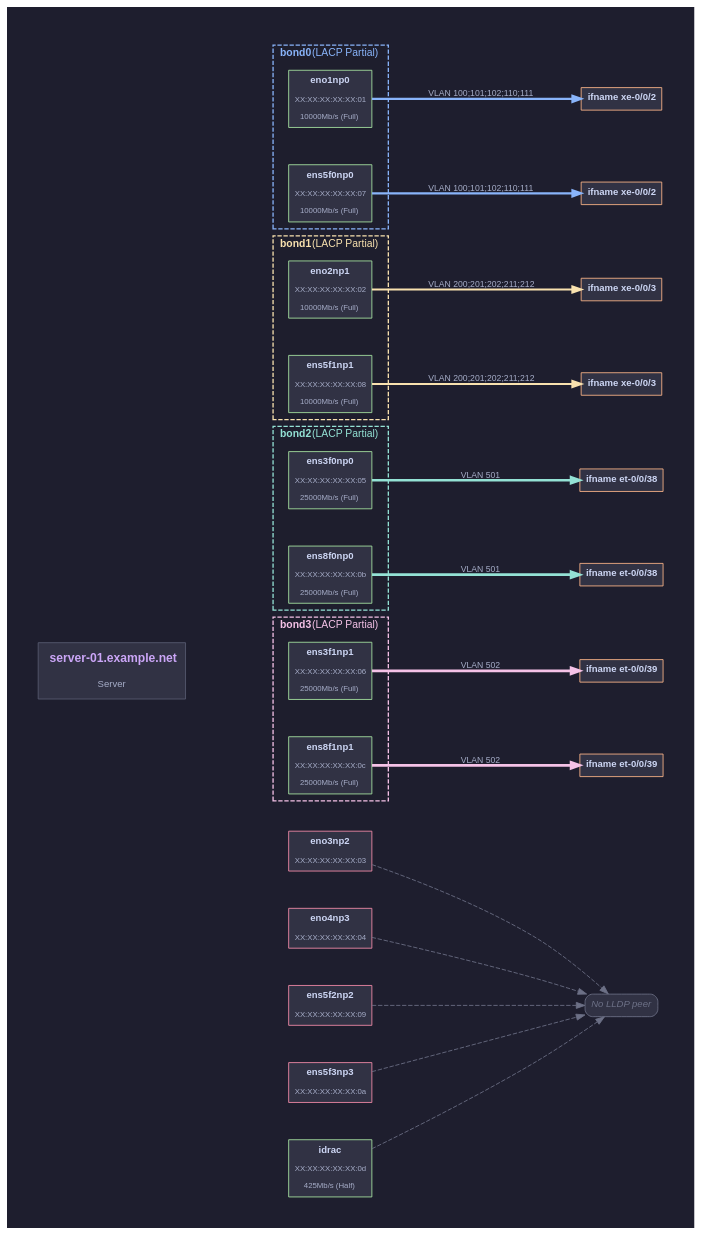
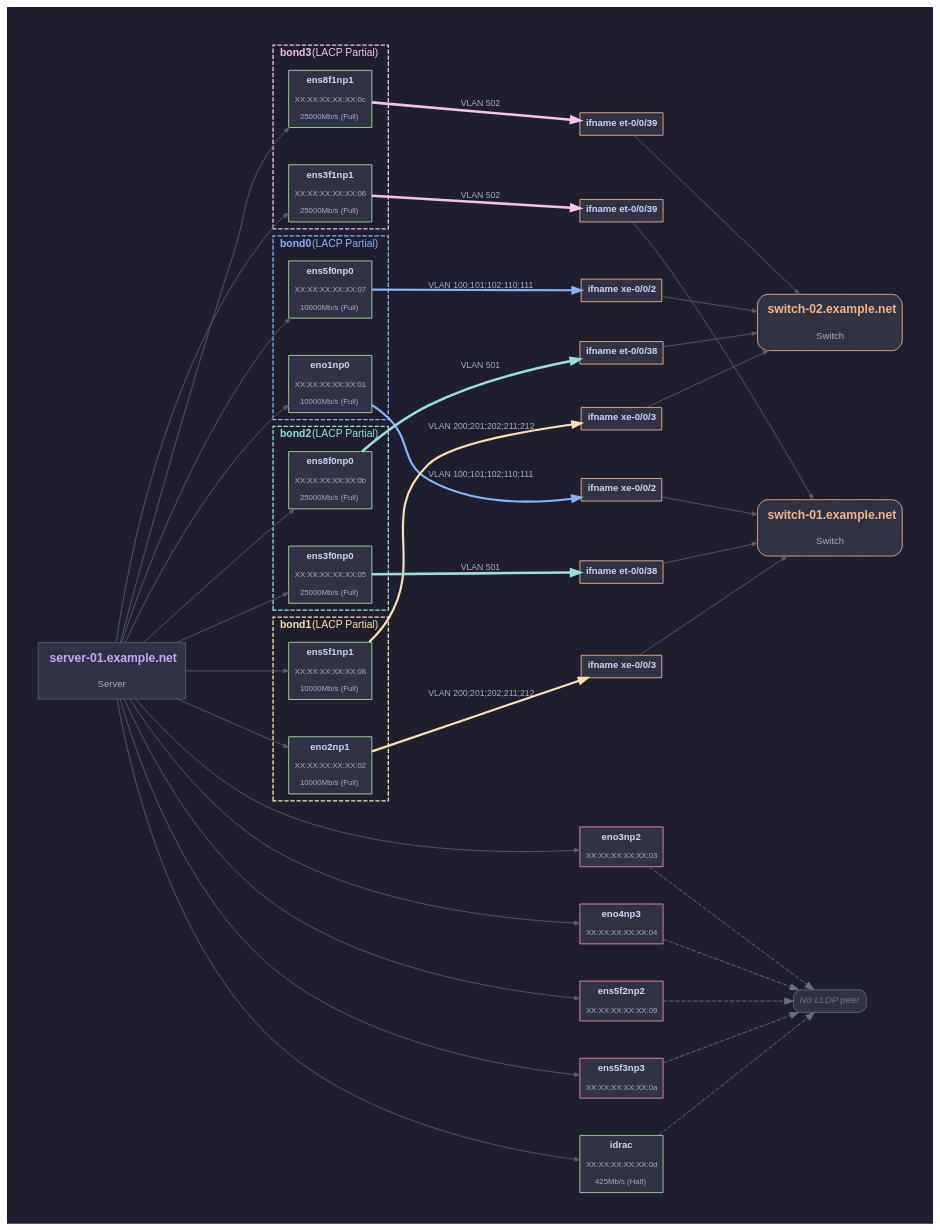
Before and after one commit to ciroiriarte/nic-xray: the diagram in samples/dot-topology.dot, drawn with Graphviz. The commit also changed 1 other file, not shown here.

Commit message:
Add switch nodes and visible ownership edges to DOT diagram
- Add explicit switch nodes (ranked rightmost) with peach styling
- Make server → NIC edges visible (thin gray arrows)
- Add switch port → switch edges showing port ownership
- Remove switch cluster subgraphs in favor of standalone port nodes
- Full relationship chain: Server → NICs → Switch Ports → Switches

```diff
--- a/samples/dot-topology.dot
+++ b/samples/dot-topology.dot
@@ -148,65 +148,67 @@
         </TABLE>
     >];
 
-    subgraph cluster_sw_switch_01_example_net {
-        style=solid;
-        color="#fab387";
-        bgcolor="#1e1e2ecc";
-        fontcolor="#fab387";
-        label=<<FONT POINT-SIZE="13"><B>switch-01.example.net</B></FONT>>;
-        penwidth=1.5;
+    swport_dev_collapsed_ipf01cly_lf01_ifname_xe_0_0_2 [shape=plain, label=<
+        <TABLE BORDER="1" CELLBORDER="0" CELLSPACING="2" CELLPADDING="4" BGCOLOR="#313244" COLOR="#fab387">
+        <TR><TD><FONT COLOR="#cdd6f4"><B>ifname xe-0/0/2</B></FONT></TD></TR>
+        </TABLE>
+    >];
 
-        swport_dev_collapsed_ipf01cly_lf01_ifname_xe_0_0_2 [shape=plain, label=<
-            <TABLE BORDER="1" CELLBORDER="0" CELLSPACING="2" CELLPADDING="4" BGCOLOR="#313244" COLOR="#fab387">
-            <TR><TD><FONT COLOR="#cdd6f4"><B>ifname xe-0/0/2</B></FONT></TD></TR>
-            </TABLE>
-        >];
-        swport_dev_collapsed_ipf01cly_lf01_ifname_xe_0_0_3 [shape=plain, label=<
-            <TABLE BORDER="1" CELLBORDER="0" CELLSPACING="2" CELLPADDING="4" BGCOLOR="#313244" COLOR="#fab387">
-            <TR><TD><FONT COLOR="#cdd6f4"><B>ifname xe-0/0/3</B></FONT></TD></TR>
-            </TABLE>
-        >];
-        swport_dev_collapsed_ipf01cly_lf01_ifname_et_0_0_38 [shape=plain, label=<
-            <TABLE BORDER="1" CELLBORDER="0" CELLSPACING="2" CELLPADDING="4" BGCOLOR="#313244" COLOR="#fab387">
-            <TR><TD><FONT COLOR="#cdd6f4"><B>ifname et-0/0/38</B></FONT></TD></TR>
-            </TABLE>
-        >];
-        swport_dev_collapsed_ipf01cly_lf01_ifname_et_0_0_39 [shape=plain, label=<
-            <TABLE BORDER="1" CELLBORDER="0" CELLSPACING="2" CELLPADDING="4" BGCOLOR="#313244" COLOR="#fab387">
-            <TR><TD><FONT COLOR="#cdd6f4"><B>ifname et-0/0/39</B></FONT></TD></TR>
-            </TABLE>
-        >];
-    }
+    swport_dev_collapsed_ipf01cly_lf01_ifname_xe_0_0_3 [shape=plain, label=<
+        <TABLE BORDER="1" CELLBORDER="0" CELLSPACING="2" CELLPADDING="4" BGCOLOR="#313244" COLOR="#fab387">
+        <TR><TD><FONT COLOR="#cdd6f4"><B>ifname xe-0/0/3</B></FONT></TD></TR>
+        </TABLE>
+    >];
 
-    subgraph cluster_sw_switch_02_example_net {
-        style=solid;
-        color="#fab387";
-        bgcolor="#1e1e2ecc";
-        fontcolor="#fab387";
-        label=<<FONT POINT-SIZE="13"><B>switch-02.example.net</B></FONT>>;
-        penwidth=1.5;
+    swport_dev_collapsed_ipf01cly_lf01_ifname_et_0_0_38 [shape=plain, label=<
+        <TABLE BORDER="1" CELLBORDER="0" CELLSPACING="2" CELLPADDING="4" BGCOLOR="#313244" COLOR="#fab387">
+        <TR><TD><FONT COLOR="#cdd6f4"><B>ifname et-0/0/38</B></FONT></TD></TR>
+        </TABLE>
+    >];
 
-        swport_dev_collapsed_ipf01cly_lf02_ifname_xe_0_0_2 [shape=plain, label=<
-            <TABLE BORDER="1" CELLBORDER="0" CELLSPACING="2" CELLPADDING="4" BGCOLOR="#313244" COLOR="#fab387">
-            <TR><TD><FONT COLOR="#cdd6f4"><B>ifname xe-0/0/2</B></FONT></TD></TR>
-            </TABLE>
-        >];
-        swport_dev_collapsed_ipf01cly_lf02_ifname_xe_0_0_3 [shape=plain, label=<
-            <TABLE BORDER="1" CELLBORDER="0" CELLSPACING="2" CELLPADDING="4" BGCOLOR="#313244" COLOR="#fab387">
-            <TR><TD><FONT COLOR="#cdd6f4"><B>ifname xe-0/0/3</B></FONT></TD></TR>
-            </TABLE>
-        >];
-        swport_dev_collapsed_ipf01cly_lf02_ifname_et_0_0_38 [shape=plain, label=<
-            <TABLE BORDER="1" CELLBORDER="0" CELLSPACING="2" CELLPADDING="4" BGCOLOR="#313244" COLOR="#fab387">
-            <TR><TD><FONT COLOR="#cdd6f4"><B>ifname et-0/0/38</B></FONT></TD></TR>
-            </TABLE>
-        >];
-        swport_dev_collapsed_ipf01cly_lf02_ifname_et_0_0_39 [shape=plain, label=<
-            <TABLE BORDER="1" CELLBORDER="0" CELLSPACING="2" CELLPADDING="4" BGCOLOR="#313244" COLOR="#fab387">
-            <TR><TD><FONT COLOR="#cdd6f4"><B>ifname et-0/0/39</B></FONT></TD></TR>
-            </TABLE>
-        >];
-    }
+    swport_dev_collapsed_ipf01cly_lf01_ifname_et_0_0_39 [shape=plain, label=<
+        <TABLE BORDER="1" CELLBORDER="0" CELLSPACING="2" CELLPADDING="4" BGCOLOR="#313244" COLOR="#fab387">
+        <TR><TD><FONT COLOR="#cdd6f4"><B>ifname et-0/0/39</B></FONT></TD></TR>
+        </TABLE>
+    >];
+
+    swport_dev_collapsed_ipf01cly_lf02_ifname_xe_0_0_2 [shape=plain, label=<
+        <TABLE BORDER="1" CELLBORDER="0" CELLSPACING="2" CELLPADDING="4" BGCOLOR="#313244" COLOR="#fab387">
+        <TR><TD><FONT COLOR="#cdd6f4"><B>ifname xe-0/0/2</B></FONT></TD></TR>
+        </TABLE>
+    >];
+
+    swport_dev_collapsed_ipf01cly_lf02_ifname_xe_0_0_3 [shape=plain, label=<
+        <TABLE BORDER="1" CELLBORDER="0" CELLSPACING="2" CELLPADDING="4" BGCOLOR="#313244" COLOR="#fab387">
+        <TR><TD><FONT COLOR="#cdd6f4"><B>ifname xe-0/0/3</B></FONT></TD></TR>
+        </TABLE>
+    >];
+
+    swport_dev_collapsed_ipf01cly_lf02_ifname_et_0_0_38 [shape=plain, label=<
+        <TABLE BORDER="1" CELLBORDER="0" CELLSPACING="2" CELLPADDING="4" BGCOLOR="#313244" COLOR="#fab387">
+        <TR><TD><FONT COLOR="#cdd6f4"><B>ifname et-0/0/38</B></FONT></TD></TR>
+        </TABLE>
+    >];
+
+    swport_dev_collapsed_ipf01cly_lf02_ifname_et_0_0_39 [shape=plain, label=<
+        <TABLE BORDER="1" CELLBORDER="0" CELLSPACING="2" CELLPADDING="4" BGCOLOR="#313244" COLOR="#fab387">
+        <TR><TD><FONT COLOR="#cdd6f4"><B>ifname et-0/0/39</B></FONT></TD></TR>
+        </TABLE>
+    >];
+
+    sw_switch_01_example_net [shape=plain, label=<
+        <TABLE BORDER="1" CELLBORDER="0" CELLSPACING="4" CELLPADDING="6" BGCOLOR="#313244" COLOR="#fab387" STYLE="ROUNDED">
+        <TR><TD><FONT POINT-SIZE="14" COLOR="#fab387"><B>switch-01.example.net</B></FONT></TD></TR>
+        <TR><TD><FONT COLOR="#a6adc8">Switch</FONT></TD></TR>
+        </TABLE>
+    >];
+
+    sw_switch_02_example_net [shape=plain, label=<
+        <TABLE BORDER="1" CELLBORDER="0" CELLSPACING="4" CELLPADDING="6" BGCOLOR="#313244" COLOR="#fab387" STYLE="ROUNDED">
+        <TR><TD><FONT POINT-SIZE="14" COLOR="#fab387"><B>switch-02.example.net</B></FONT></TD></TR>
+        <TR><TD><FONT COLOR="#a6adc8">Switch</FONT></TD></TR>
+        </TABLE>
+    >];
 
     no_lldp_peer [shape=plain, label=<
         <TABLE BORDER="1" CELLBORDER="0" CELLSPACING="2" CELLPADDING="4" BGCOLOR="#313244" COLOR="#6c7086" STYLE="ROUNDED">
@@ -214,19 +216,19 @@
         </TABLE>
     >];
 
-    server -> eno1np0 [style=invis, weight=10];
-    server -> eno2np1 [style=invis, weight=10];
-    server -> eno3np2 [style=invis, weight=10];
-    server -> eno4np3 [style=invis, weight=10];
-    server -> ens3f0np0 [style=invis, weight=10];
-    server -> ens3f1np1 [style=invis, weight=10];
-    server -> ens5f0np0 [style=invis, weight=10];
-    server -> ens5f1np1 [style=invis, weight=10];
-    server -> ens5f2np2 [style=invis, weight=10];
-    server -> ens5f3np3 [style=invis, weight=10];
-    server -> ens8f0np0 [style=invis, weight=10];
-    server -> ens8f1np1 [style=invis, weight=10];
-    server -> idrac [style=invis, weight=10];
+    server -> eno1np0 [color="#585b70", penwidth=1.0, arrowsize=0.6];
+    server -> eno2np1 [color="#585b70", penwidth=1.0, arrowsize=0.6];
+    server -> eno3np2 [color="#585b70", penwidth=1.0, arrowsize=0.6];
+    server -> eno4np3 [color="#585b70", penwidth=1.0, arrowsize=0.6];
+    server -> ens3f0np0 [color="#585b70", penwidth=1.0, arrowsize=0.6];
+    server -> ens3f1np1 [color="#585b70", penwidth=1.0, arrowsize=0.6];
+    server -> ens5f0np0 [color="#585b70", penwidth=1.0, arrowsize=0.6];
+    server -> ens5f1np1 [color="#585b70", penwidth=1.0, arrowsize=0.6];
+    server -> ens5f2np2 [color="#585b70", penwidth=1.0, arrowsize=0.6];
+    server -> ens5f3np3 [color="#585b70", penwidth=1.0, arrowsize=0.6];
+    server -> ens8f0np0 [color="#585b70", penwidth=1.0, arrowsize=0.6];
+    server -> ens8f1np1 [color="#585b70", penwidth=1.0, arrowsize=0.6];
+    server -> idrac [color="#585b70", penwidth=1.0, arrowsize=0.6];
 
     eno1np0 -> swport_dev_collapsed_ipf01cly_lf01_ifname_xe_0_0_2 [label=<VLAN 100;101;102;110;111>, penwidth=2.5, color="#89b4fa", fontcolor="#a6adc8"];
     eno2np1 -> swport_dev_collapsed_ipf01cly_lf01_ifname_xe_0_0_3 [label=<VLAN 200;201;202;211;212>, penwidth=2.5, color="#f9e2af", fontcolor="#a6adc8"];
@@ -241,7 +243,15 @@
     ens8f0np0 -> swport_dev_collapsed_ipf01cly_lf02_ifname_et_0_0_38 [label=<VLAN 501>, penwidth=3.0, color="#94e2d5", fontcolor="#a6adc8"];
     ens8f1np1 -> swport_dev_collapsed_ipf01cly_lf02_ifname_et_0_0_39 [label=<VLAN 502>, penwidth=3.0, color="#f5c2e7", fontcolor="#a6adc8"];
     idrac -> no_lldp_peer [style=dashed, color="#6c7086", fontcolor="#6c7086", penwidth=1.0];
+    swport_dev_collapsed_ipf01cly_lf01_ifname_xe_0_0_2 -> sw_switch_01_example_net [color="#585b70", penwidth=1.0, arrowsize=0.6];
+    swport_dev_collapsed_ipf01cly_lf01_ifname_xe_0_0_3 -> sw_switch_01_example_net [color="#585b70", penwidth=1.0, arrowsize=0.6];
+    swport_dev_collapsed_ipf01cly_lf01_ifname_et_0_0_38 -> sw_switch_01_example_net [color="#585b70", penwidth=1.0, arrowsize=0.6];
+    swport_dev_collapsed_ipf01cly_lf01_ifname_et_0_0_39 -> sw_switch_01_example_net [color="#585b70", penwidth=1.0, arrowsize=0.6];
+    swport_dev_collapsed_ipf01cly_lf02_ifname_xe_0_0_2 -> sw_switch_02_example_net [color="#585b70", penwidth=1.0, arrowsize=0.6];
+    swport_dev_collapsed_ipf01cly_lf02_ifname_xe_0_0_3 -> sw_switch_02_example_net [color="#585b70", penwidth=1.0, arrowsize=0.6];
+    swport_dev_collapsed_ipf01cly_lf02_ifname_et_0_0_38 -> sw_switch_02_example_net [color="#585b70", penwidth=1.0, arrowsize=0.6];
+    swport_dev_collapsed_ipf01cly_lf02_ifname_et_0_0_39 -> sw_switch_02_example_net [color="#585b70", penwidth=1.0, arrowsize=0.6];
 
     { rank=min; server; }
-    { rank=max; swport_dev_collapsed_ipf01cly_lf01_ifname_xe_0_0_2; swport_dev_collapsed_ipf01cly_lf01_ifname_xe_0_0_3; swport_dev_collapsed_ipf01cly_lf01_ifname_et_0_0_38; swport_dev_collapsed_ipf01cly_lf01_ifname_et_0_0_39; swport_dev_collapsed_ipf01cly_lf02_ifname_xe_0_0_2; swport_dev_collapsed_ipf01cly_lf02_ifname_xe_0_0_3; swport_dev_collapsed_ipf01cly_lf02_ifname_et_0_0_38; swport_dev_collapsed_ipf01cly_lf02_ifname_et_0_0_39; no_lldp_peer; }
+    { rank=max; sw_switch_01_example_net; sw_switch_02_example_net; no_lldp_peer; }
 }
```
